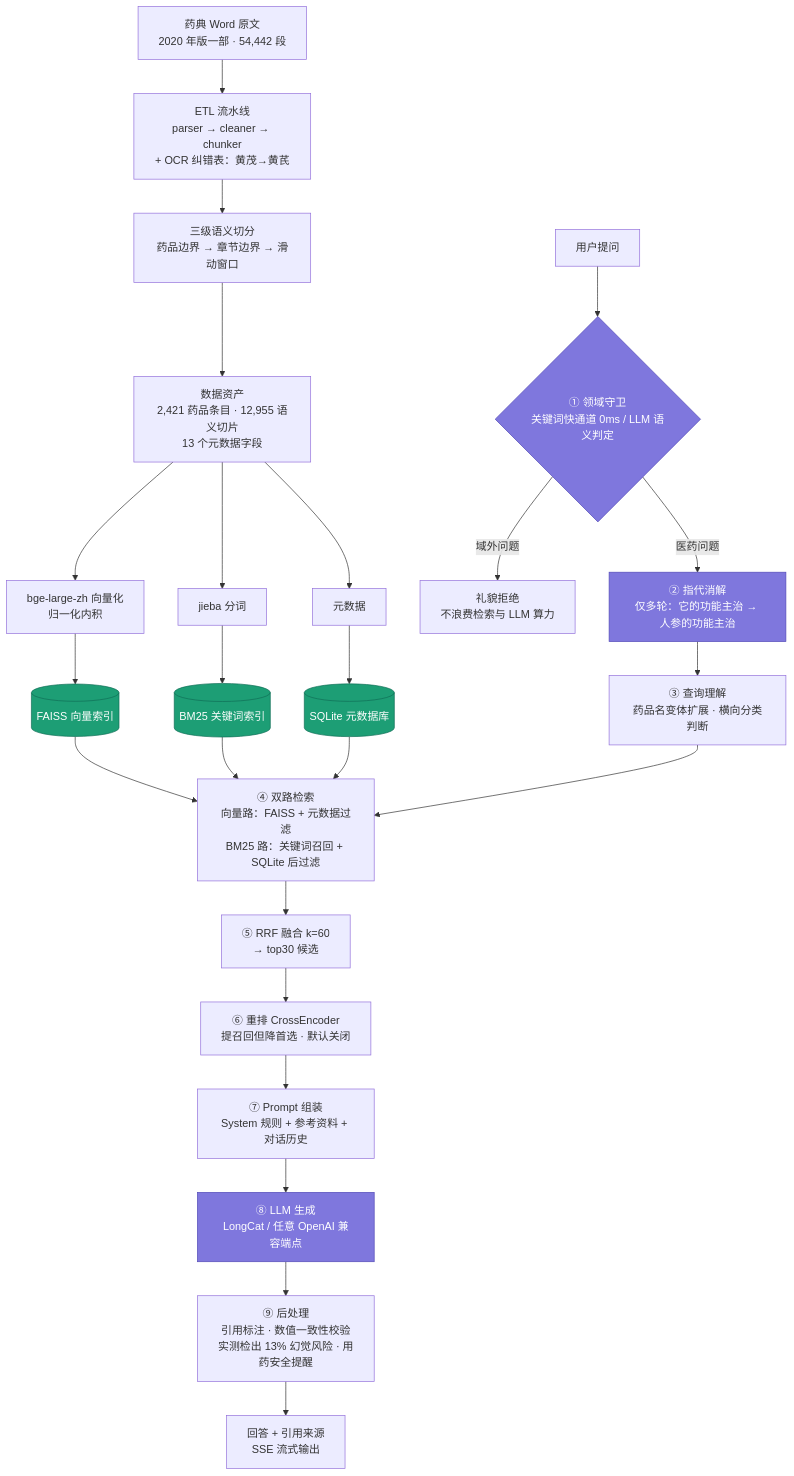
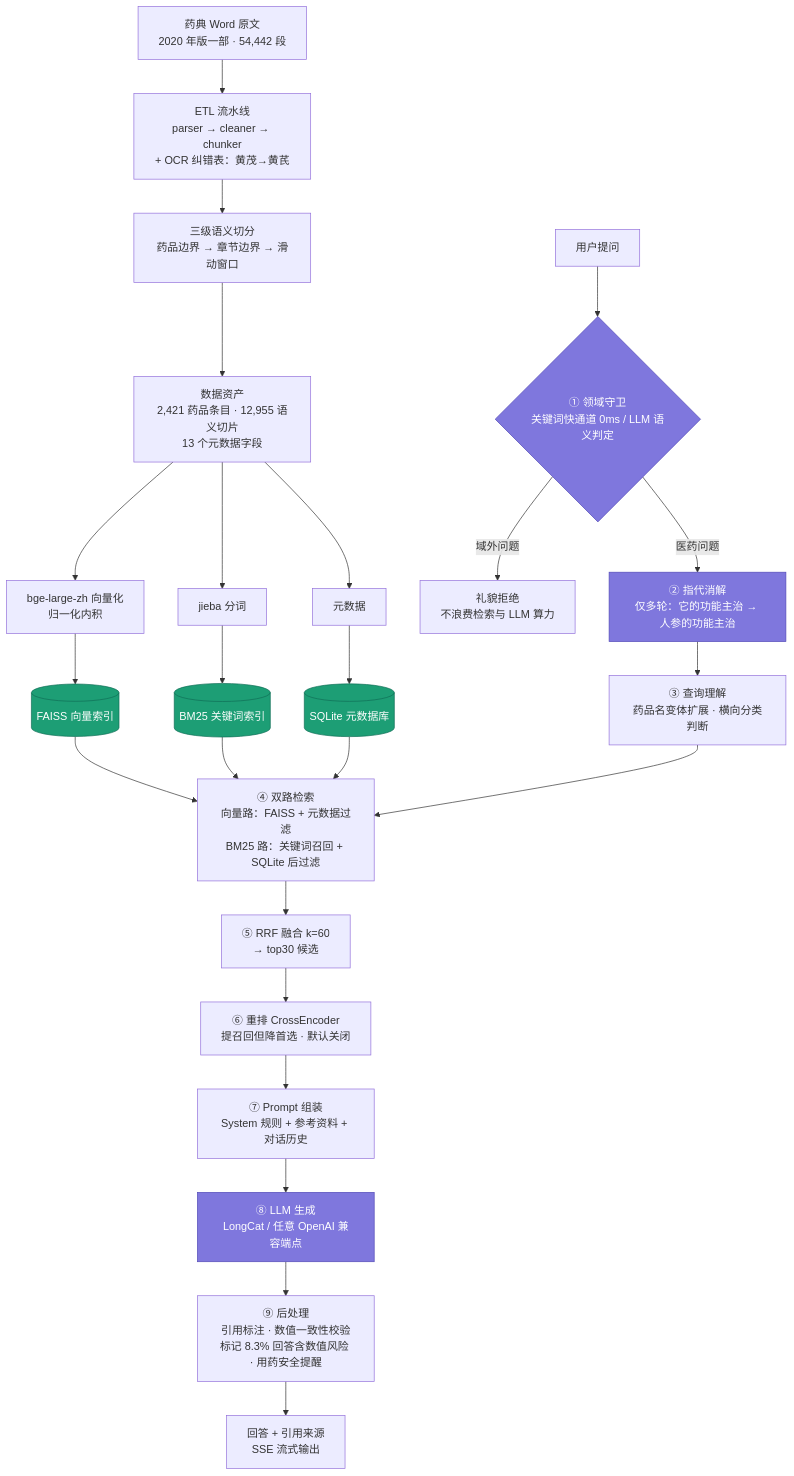
Before and after one commit to qiz7z/RAG-ChineseMedicine-QA: the first of 2 diagrams in README.md, drawn with Mermaid. The commit also changed other lines of this file, not shown here.

First line of the commit message:
docs(readme): 「系统架构」补「编排层职责边界」餐厅比喻；修架构图陈旧数字

````diff
--- a/README.md
+++ b/README.md
@@ -13,36 +13,36 @@
 ```mermaid
 flowchart TD
     A["药典 Word 原文<br>2020 年版一部 · 54,442 段"] --> B["ETL 流水线<br>parser → cleaner → chunker<br>+ OCR 纠错表：黄茂→黄芪"]
     B --> C["三级语义切分<br>药品边界 → 章节边界 → 滑动窗口"]
     C --> D["数据资产<br>2,421 药品条目 · 12,955 语义切片<br>13 个元数据字段"]
 
     D --> E["bge-large-zh 向量化<br>归一化内积"]
     D --> F["jieba 分词"]
     D --> G["元数据"]
 
     E --> H[("FAISS 向量索引")]
     F --> I[("BM25 关键词索引")]
     G --> J[("SQLite 元数据库")]
 
     K["用户提问"] --> L{"① 领域守卫<br>关键词快通道 0ms / LLM 语义判定"}
     L -->|域外问题| M["礼貌拒绝<br>不浪费检索与 LLM 算力"]
     L -->|医药问题| N["② 指代消解<br>仅多轮：它的功能主治 → 人参的功能主治"]
     N --> O["③ 查询理解<br>药品名变体扩展 · 横向分类判断"]
     O --> P["④ 双路检索<br>向量路：FAISS + 元数据过滤<br>BM25 路：关键词召回 + SQLite 后过滤"]
     H --> P
     I --> P
     J --> P
     P --> Q["⑤ RRF 融合 k=60<br>→ top30 候选"]
     Q --> R["⑥ 重排 CrossEncoder<br>提召回但降首选 · 默认关闭"]
     R --> S["⑦ Prompt 组装<br>System 规则 + 参考资料 + 对话历史"]
     S --> T["⑧ LLM 生成<br>LongCat / 任意 OpenAI 兼容端点"]
-    T --> U["⑨ 后处理<br>引用标注 · 数值一致性校验<br>实测检出 13% 幻觉风险 · 用药安全提醒"]
+    T --> U["⑨ 后处理<br>引用标注 · 数值一致性校验<br>标记 8.3% 回答含数值风险 · 用药安全提醒"]
     U --> V["回答 + 引用来源<br>SSE 流式输出"]
 
     style L fill:#7F77DD,stroke:#534AB7,color:#fff
     style N fill:#7F77DD,stroke:#534AB7,color:#fff
     style T fill:#7F77DD,stroke:#534AB7,color:#fff
     style H fill:#1D9E75,stroke:#0F6E56,color:#fff
     style I fill:#1D9E75,stroke:#0F6E56,color:#fff
     style J fill:#1D9E75,stroke:#0F6E56,color:#fff
 ```
````
